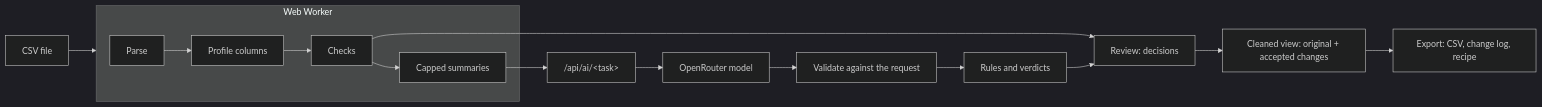
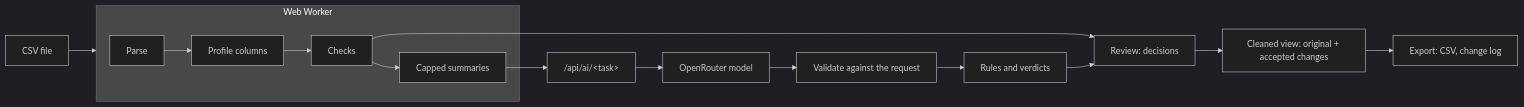
The diagram in README.md (leo-alfaro-dev/ai-data-cleanup-assistant), drawn with Mermaid (dark theme) before and after one commit. The commit also changed other lines of this file and 69 other files, not shown here.

````diff
--- a/README.md
+++ b/README.md
@@ -26,14 +26,14 @@
 ```mermaid
 flowchart LR
   file[CSV file] --> worker
   subgraph worker[Web Worker]
     parse[Parse] --> profile[Profile columns] --> checks[Checks]
     checks --> summaries[Capped summaries]
   end
   checks --> review
   summaries --> route["/api/ai/&lt;task&gt;"] --> model[OpenRouter model]
   model --> validate[Validate against the request] --> rules[Rules and verdicts]
   rules --> review[Review: decisions]
   review --> cleaned[Cleaned view: original + accepted changes]
-  cleaned --> export[Export: CSV, change log, recipe]
+  cleaned --> export[Export: CSV, change log]
 ```
````
